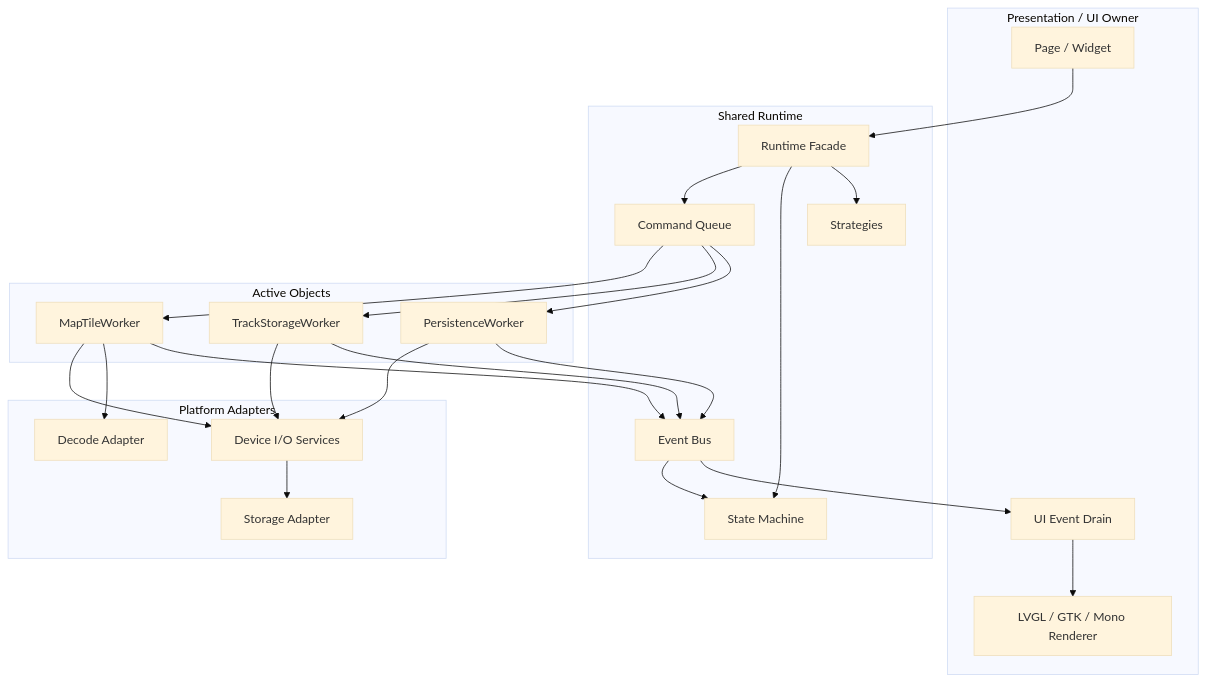
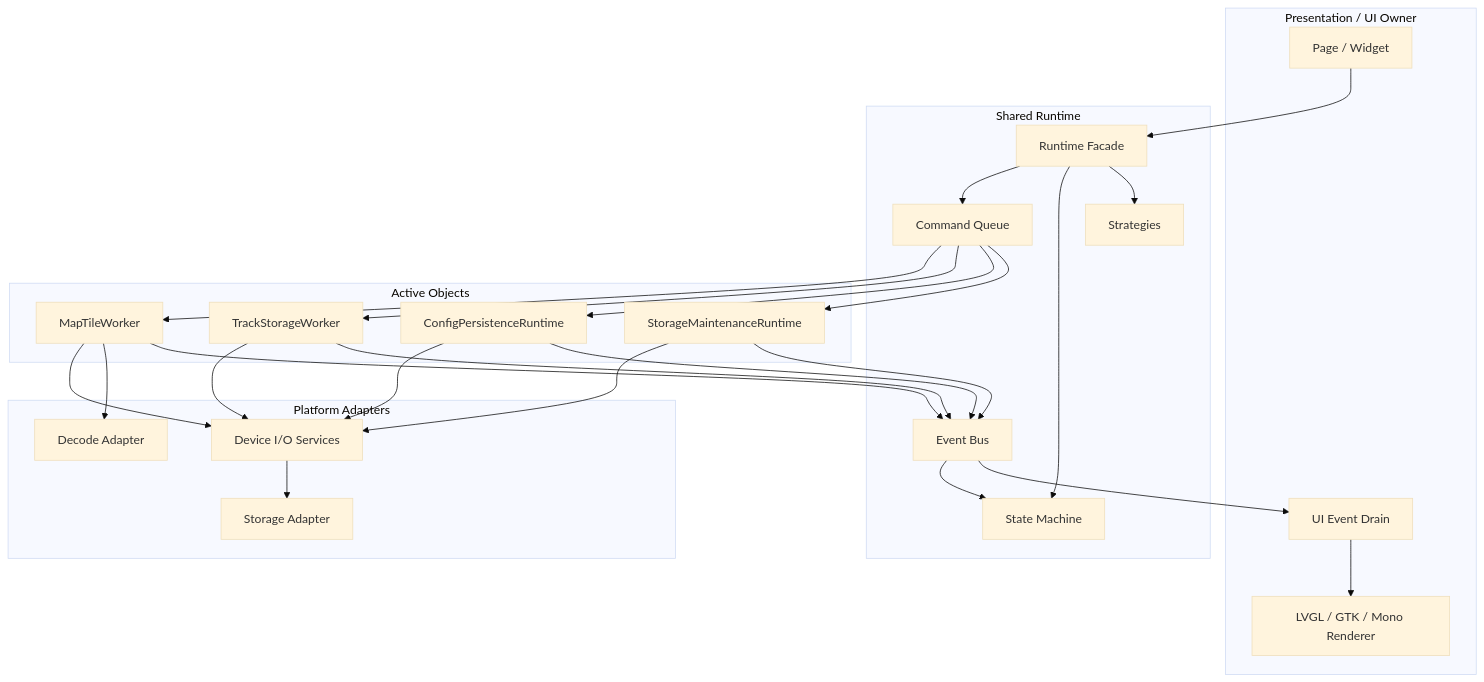
Before and after one commit to manmuqingshan/trail-mate: the second of 23 diagrams in docs/specification/UI_STORAGE_EVENT_RUNTIME_DESIGN_SPEC.md, drawn with Mermaid (base theme). The commit also changed other lines of this file and 77 other files, not shown here.

Commit message:
refactor: consolidate storage maintenance ownership

````diff
--- a/docs/specification/UI_STORAGE_EVENT_RUNTIME_DESIGN_SPEC.md
+++ b/docs/specification/UI_STORAGE_EVENT_RUNTIME_DESIGN_SPEC.md
@@ -316,47 +330,51 @@
 ```mermaid
 flowchart TB
   subgraph Presentation["Presentation / UI Owner"]
     Page["Page / Widget"]
     UiDrain["UI Event Drain"]
     Renderer["LVGL / GTK / Mono Renderer"]
   end
 
   subgraph Runtime["Shared Runtime"]
     Facade["Runtime Facade"]
     State["State Machine"]
     Policies["Strategies"]
     Commands["Command Queue"]
     Events["Event Bus"]
   end
 
   subgraph Workers["Active Objects"]
     TileWorker["MapTileWorker"]
     TrackWorker["TrackStorageWorker"]
-    PersistWorker["PersistenceWorker"]
+    ConfigPersist["ConfigPersistenceRuntime"]
+    Maintenance["StorageMaintenanceRuntime"]
   end
 
   subgraph Platform["Platform Adapters"]
     DeviceIo["Device I/O Services"]
     Storage["Storage Adapter"]
     Decode["Decode Adapter"]
   end
 
   Page --> Facade
   Facade --> Commands
   Facade --> State
   Facade --> Policies
   Commands --> TileWorker
   Commands --> TrackWorker
-  Commands --> PersistWorker
+  Commands --> ConfigPersist
+  Commands --> Maintenance
   TileWorker --> DeviceIo
   TrackWorker --> DeviceIo
-  PersistWorker --> DeviceIo
+  ConfigPersist --> DeviceIo
+  Maintenance --> DeviceIo
   DeviceIo --> Storage
   TileWorker --> Decode
   TileWorker --> Events
   TrackWorker --> Events
-  PersistWorker --> Events
+  ConfigPersist --> Events
+  Maintenance --> Events
   Events --> State
   Events --> UiDrain
   UiDrain --> Renderer
 ```
````
